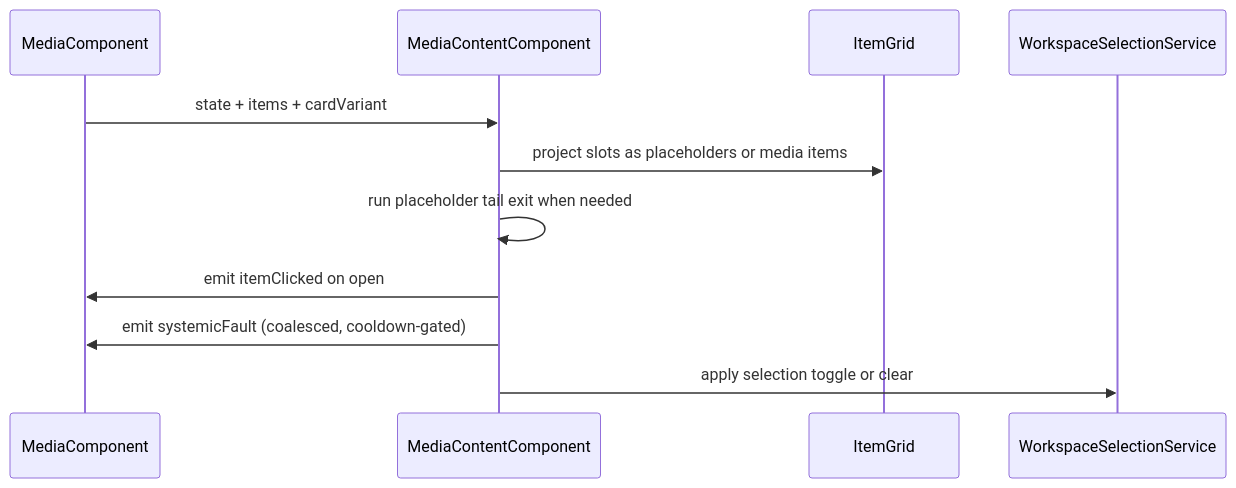
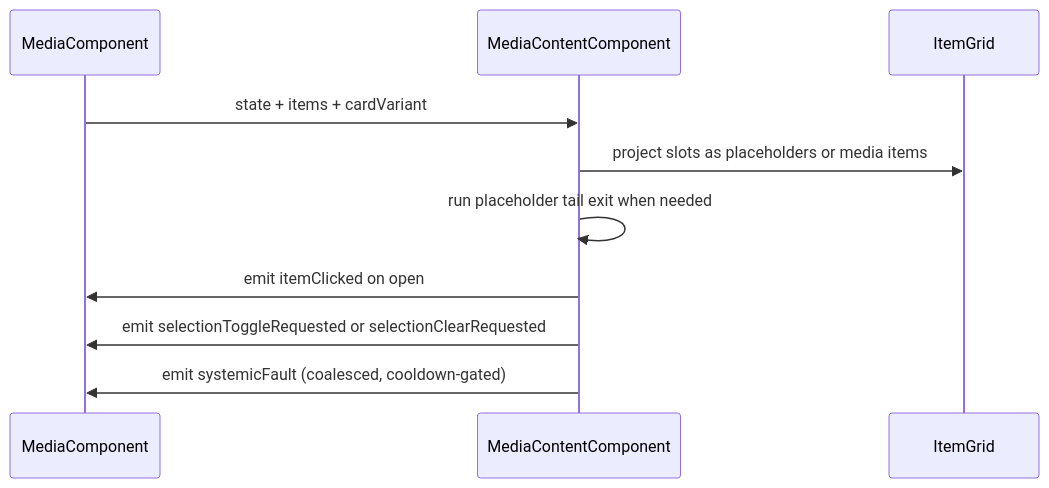
The second of 2 diagrams in docs/specs/component/media-content.md (matkleve/feldpost), drawn with Mermaid before and after one commit. The commit also changed other lines of this file and 6 other files, not shown here.

````diff
--- a/docs/specs/component/media-content.md
+++ b/docs/specs/component/media-content.md
@@ -96,14 +108,13 @@
 ```mermaid
 sequenceDiagram
   participant M as MediaComponent
   participant C as MediaContentComponent
   participant G as ItemGrid
-  participant S as WorkspaceSelectionService
 
   M->>C: state + items + cardVariant
   C->>G: project slots as placeholders or media items
   C->>C: run placeholder tail exit when needed
   C->>M: emit itemClicked on open
+  C->>M: emit selectionToggleRequested or selectionClearRequested
   C->>M: emit systemicFault (coalesced, cooldown-gated)
-  C->>S: apply selection toggle or clear
 ```
````
